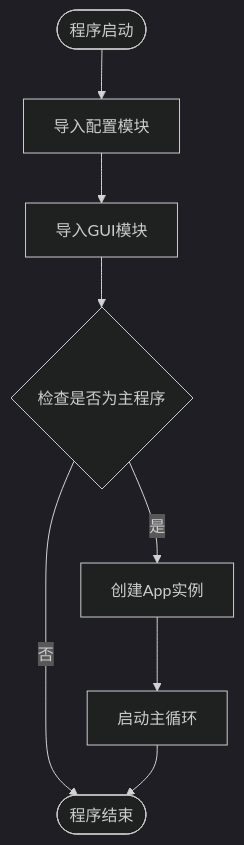
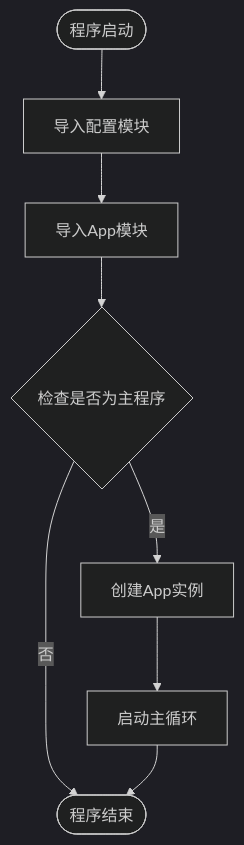
The second of 9 diagrams in .qoder/repowiki/zh/content/构建与部署.md (TuxLin123233/MC-Save-Importer), drawn with Mermaid (dark theme) before and after one commit. The commit also changed other lines of this file and 4 other files, not shown here.

````diff
--- a/.qoder/repowiki/zh/content/构建与部署.md
+++ b/.qoder/repowiki/zh/content/构建与部署.md
@@ -91,10 +101,10 @@
 ```mermaid
 flowchart TD
 Start([程序启动]) --> ImportConfig["导入配置模块"]
-ImportConfig --> ImportGUI["导入GUI模块"]
-ImportGUI --> CheckMain{"检查是否为主程序"}
+ImportConfig --> ImportApp["导入App模块"]
+ImportApp --> CheckMain{"检查是否为主程序"}
 CheckMain --> |是| CreateApp["创建App实例"]
 CheckMain --> |否| End([程序结束])
 CreateApp --> RunApp["启动主循环"]
 RunApp --> End
 ```
````
